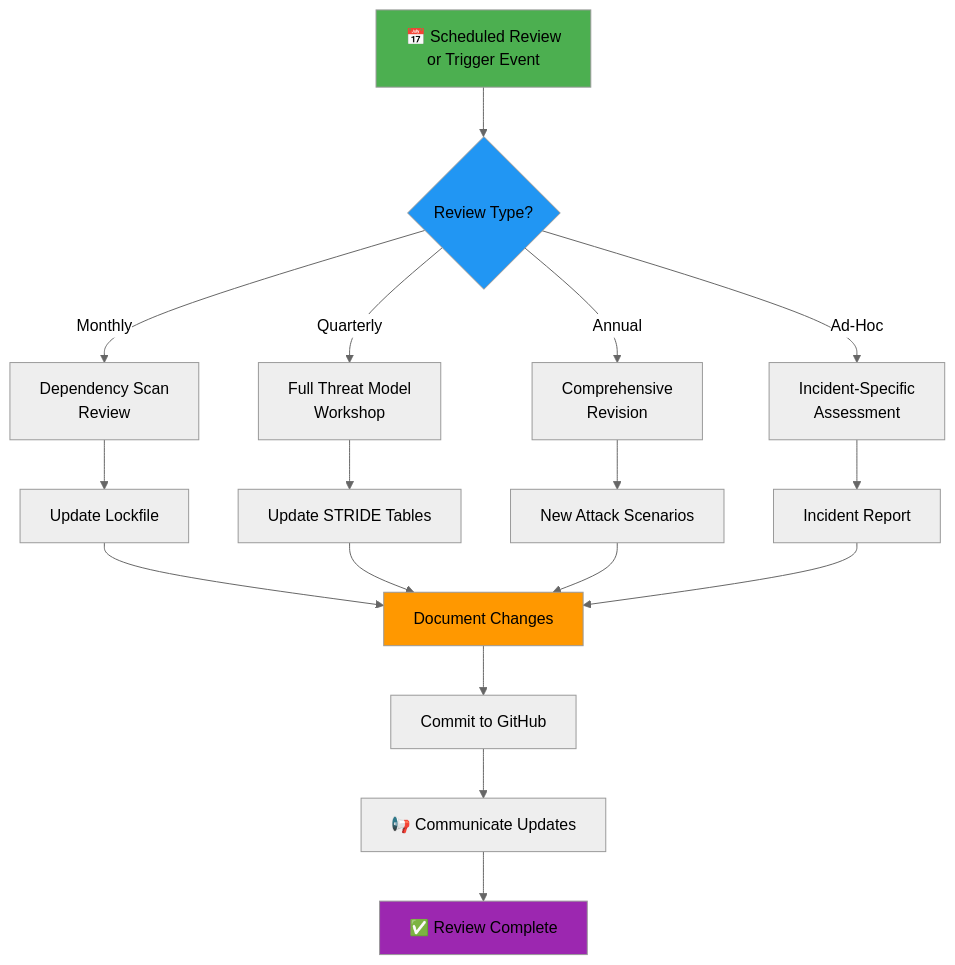
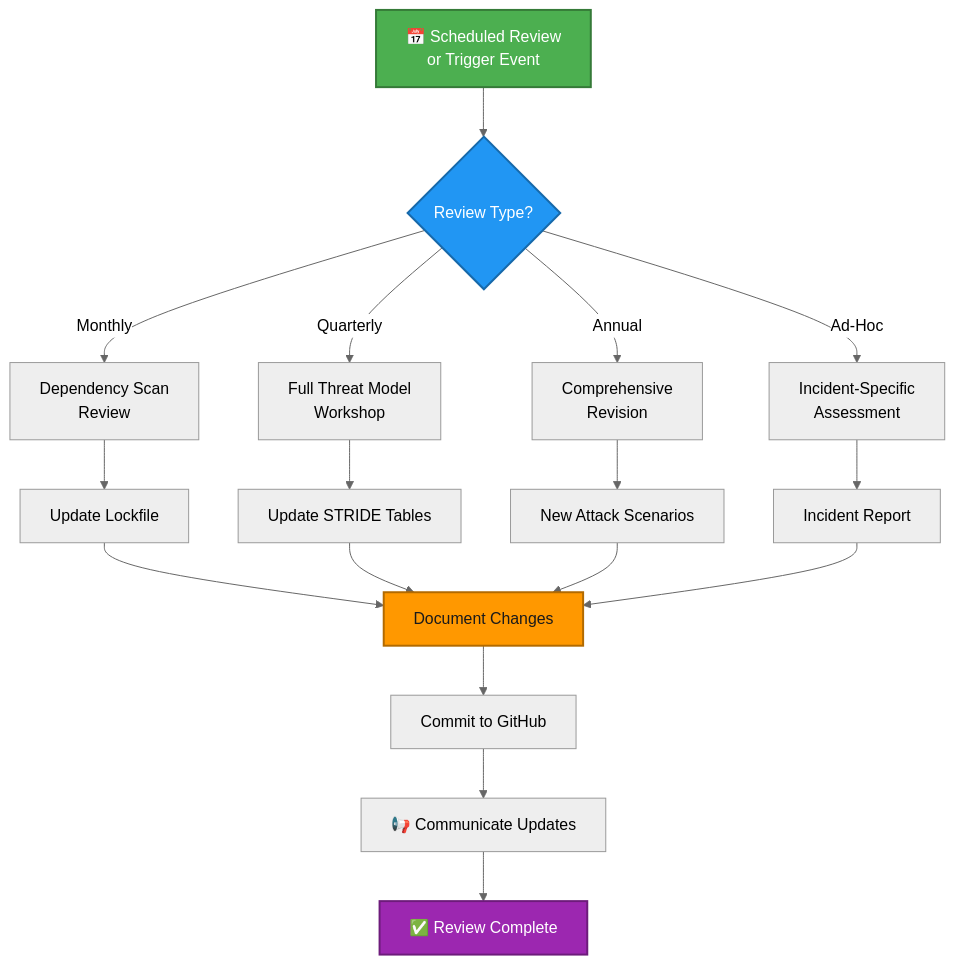
Before and after one commit to Hack23/European-Parliament-MCP-Server: diagram 13 of 21 in api-markdown/documents/THREAT_MODEL.md, drawn with Mermaid (neutral theme). The commit also changed other lines of this file and 1837 other files, not shown here.

````diff
--- a/api-markdown/documents/THREAT_MODEL.md
+++ b/api-markdown/documents/THREAT_MODEL.md
@@ -1178,27 +1246,31 @@
 ```mermaid
 graph TD
     A[📅 Scheduled Review<br/>or Trigger Event] --> B{Review Type?}
     B -->|Monthly| C[Dependency Scan<br/>Review]
     B -->|Quarterly| D[Full Threat Model<br/>Workshop]
     B -->|Annual| E[Comprehensive<br/>Revision]
     B -->|Ad-Hoc| F[Incident-Specific<br/>Assessment]
     
     C --> G[Update Lockfile]
     D --> H[Update STRIDE Tables]
     E --> I[New Attack Scenarios]
     F --> J[Incident Report]
     
     G --> K[Document Changes]
     H --> K
     I --> K
     J --> K
     
     K --> L[Commit to GitHub]
     L --> M[📢 Communicate Updates]
     M --> N[✅ Review Complete]
     
-    style A fill:#4CAF50
-    style B fill:#2196F3
-    style K fill:#FF9800
-    style N fill:#9C27B0
+    style A fill:#4CAF50,stroke:#357a38,stroke-width:2px,color:#ffffff
+
+    style B fill:#2196F3,stroke:#1769aa,stroke-width:2px,color:#ffffff
+
+    style K fill:#FF9800,stroke:#b26a00,stroke-width:2px,color:#1a1a1a
+
+    style N fill:#9C27B0,stroke:#6d1b7b,stroke-width:2px,color:#ffffff
+
 ```
````
